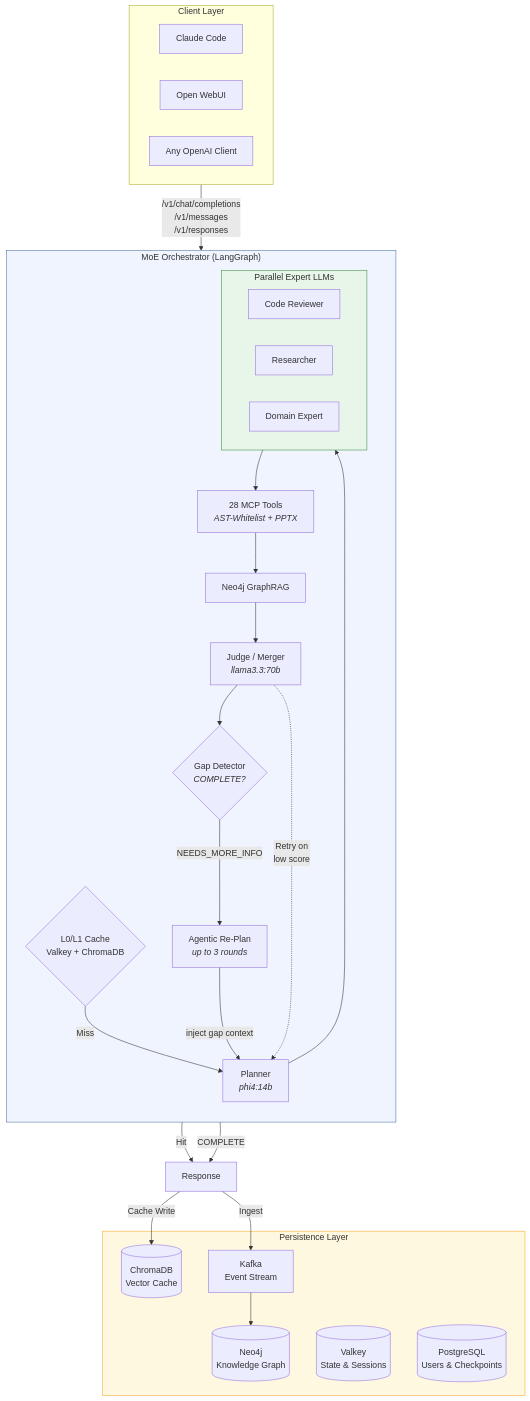
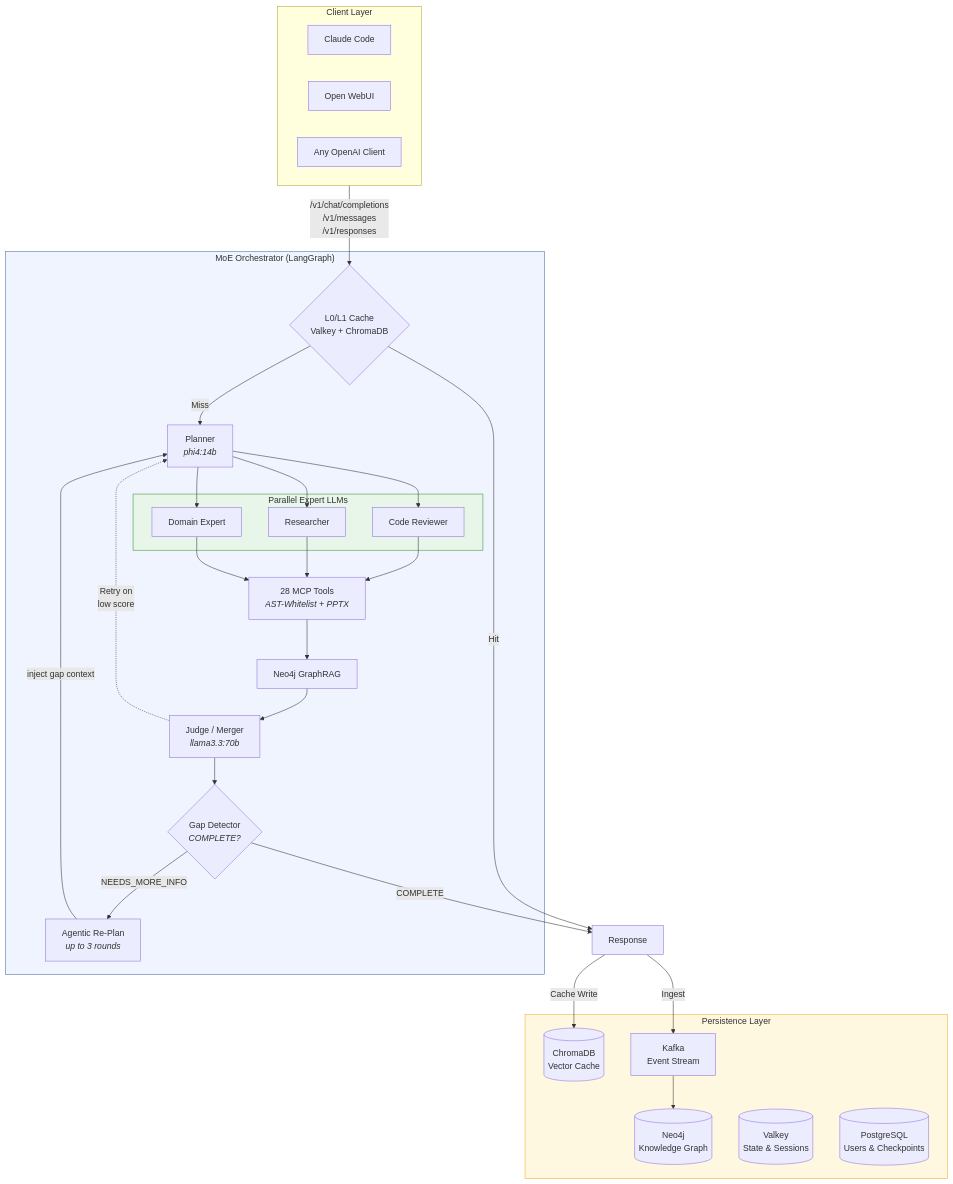
One commit to h3rb3rn/moe-sovereign changed the first of 3 diagrams in README.md. Above: the diagram before and after it, drawn with Mermaid.

Commit message:
Sync from dev: fix Architecture diagram crashing GitHub's mermaid renderer
Nested subgraph (Experts inside Orchestrator) had edges attached to the
subgraph boundary rather than to nodes inside it, plus a redundant explicit
direction on the parent subgraph -- a documented GitHub-mermaid-renderer
crash trigger not reproduced by standalone mermaid-cli. Replaced with
explicit fan-out/fan-in edges to the three expert nodes and dropped the
redundant direction.

Source: h3rb3rn/moe-infra @ c3aedb16.

````diff
--- a/README.md
+++ b/README.md
@@ -32,54 +32,57 @@
 ```mermaid
 flowchart TD
     subgraph Clients["Client Layer"]
         CC["Claude Code"]
         OW["Open WebUI"]
         API["Any OpenAI Client"]
     end
 
     subgraph Orchestrator["MoE Orchestrator (LangGraph)"]
-        direction TB
         Cache{"L0/L1 Cache<br/>Valkey + ChromaDB"}
         Planner["Planner<br/><i>phi4:14b</i>"]
         
         subgraph Experts["Parallel Expert LLMs"]
             E1["Code Reviewer"]
             E2["Researcher"]
             E3["Domain Expert"]
         end
 
         MCP["28 MCP Tools<br/><i>AST-Whitelist + PPTX</i>"]
-        Graph["Neo4j GraphRAG"]
+        GraphRAG["Neo4j GraphRAG"]
         Judge["Judge / Merger<br/><i>llama3.3:70b</i>"]
         GapCheck{"Gap Detector<br/><i>COMPLETE?</i>"}
         Replan["Agentic Re-Plan<br/><i>up to 3 rounds</i>"]
     end
 
     subgraph Storage["Persistence Layer"]
         Neo4j[("Neo4j<br/>Knowledge Graph")]
         Chroma[("ChromaDB<br/>Vector Cache")]
         Kafka["Kafka<br/>Event Stream"]
         Valkey[("Valkey<br/>State & Sessions")]
         PG[("PostgreSQL<br/>Users & Checkpoints")]
     end
 
     Clients -->|"/v1/chat/completions<br/>/v1/messages<br/>/v1/responses"| Cache
     Cache -->|Miss| Planner
     Cache -->|Hit| Response
-    Planner --> Experts
-    Experts --> MCP
-    MCP --> Graph
-    Graph --> Judge
+    Planner --> E1
+    Planner --> E2
+    Planner --> E3
+    E1 --> MCP
+    E2 --> MCP
+    E3 --> MCP
+    MCP --> GraphRAG
+    GraphRAG --> Judge
     Judge --> GapCheck
     GapCheck -->|"COMPLETE"| Response["Response"]
     GapCheck -->|"NEEDS_MORE_INFO"| Replan
     Replan -->|"inject gap context"| Planner
     Response -->|Ingest| Kafka
     Kafka --> Neo4j
     Response -->|Cache Write| Chroma
     Judge -.->|"Retry on<br/>low score"| Planner
 
     style Orchestrator fill:#f0f4ff,stroke:#4a6fa5
     style Experts fill:#e8f5e9,stroke:#388e3c
     style Storage fill:#fff8e1,stroke:#f9a825
 ```
````
